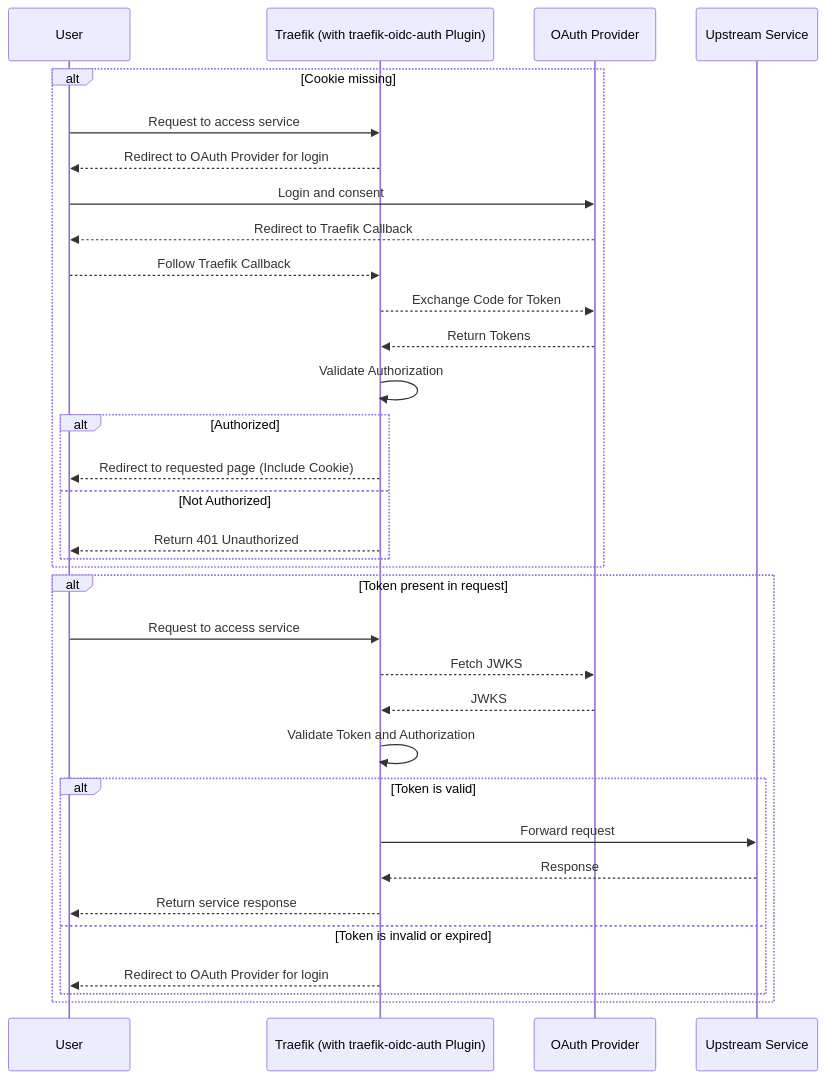
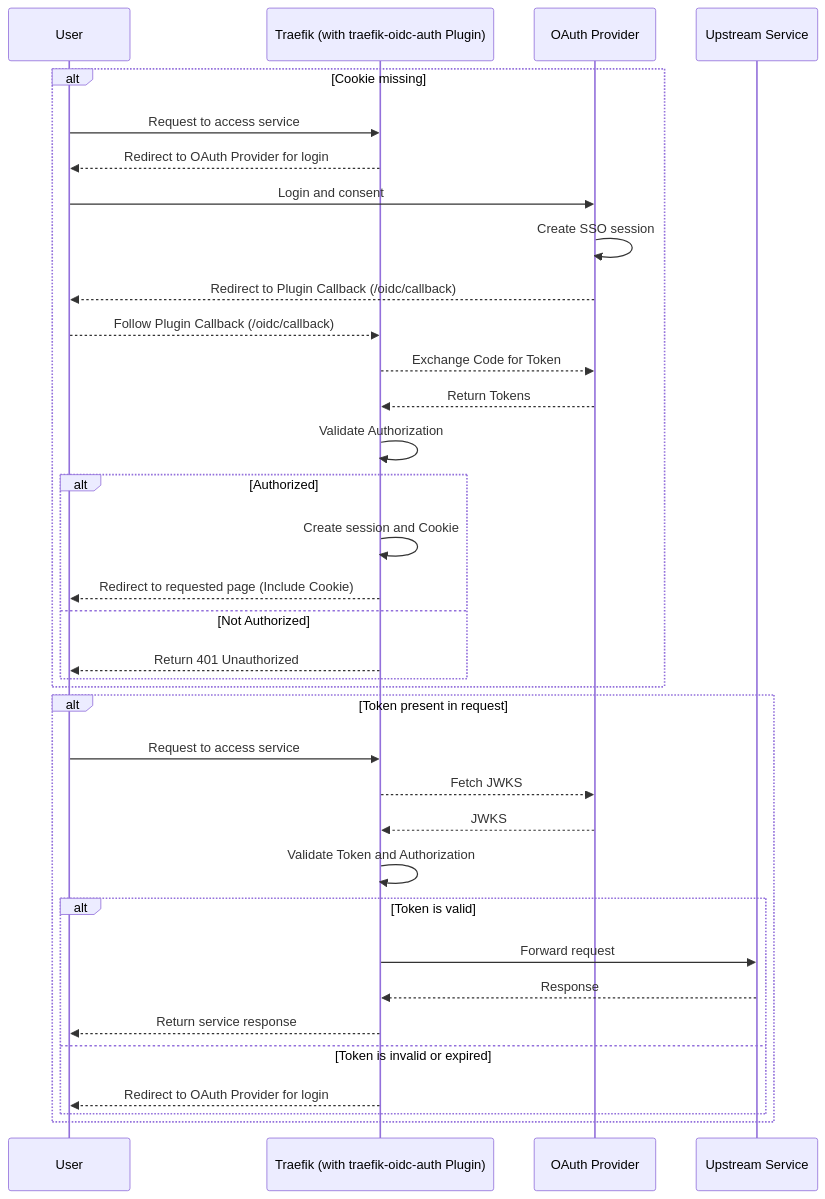
The first of 2 diagrams in website/docs/getting-started/how-it-works.md (sevensolutions/traefik-oidc-auth), drawn with Mermaid before and after one commit. The commit also changed other lines of this file and 2 other files, not shown here.

````diff
--- a/website/docs/getting-started/how-it-works.md
+++ b/website/docs/getting-started/how-it-works.md
@@ -26,36 +26,38 @@
 ```mermaid
 sequenceDiagram
     participant User as User
     participant Traefik as Traefik (with traefik-oidc-auth Plugin)
     participant OAuth as OAuth Provider
     participant Service as Upstream Service
 
     alt Cookie missing
         User->>Traefik: Request to access service
         Traefik-->>User: Redirect to OAuth Provider for login
         User->>OAuth: Login and consent
-        OAuth-->>User: Redirect to Traefik Callback
-        User-->>Traefik: Follow Traefik Callback
+        OAuth->>OAuth: Create SSO session
+        OAuth-->>User: Redirect to Plugin Callback (/oidc/callback)
+        User-->>Traefik: Follow Plugin Callback (/oidc/callback)
         Traefik-->>OAuth: Exchange Code for Token
         OAuth-->>Traefik: Return Tokens
         Traefik->>Traefik: Validate Authorization
         alt Authorized
+            Traefik->>Traefik: Create session and Cookie
             Traefik-->>User: Redirect to requested page (Include Cookie)
         else Not Authorized
             Traefik-->>User: Return 401 Unauthorized
         end
     end
     alt Token present in request
         User->>Traefik: Request to access service
         Traefik-->>OAuth: Fetch JWKS
         OAuth-->>Traefik: JWKS
         Traefik->>Traefik: Validate Token and Authorization
         alt Token is valid
             Traefik->>Service: Forward request
             Service-->>Traefik: Response
             Traefik-->>User: Return service response
         else Token is invalid or expired
             Traefik-->>User: Redirect to OAuth Provider for login
         end
     end
 ```
````
